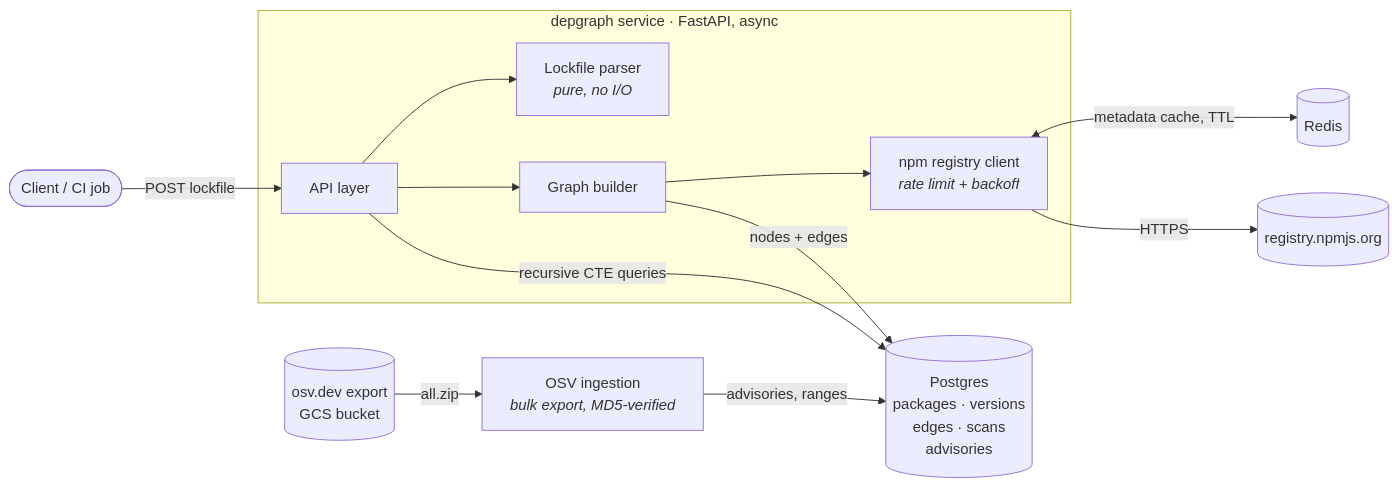
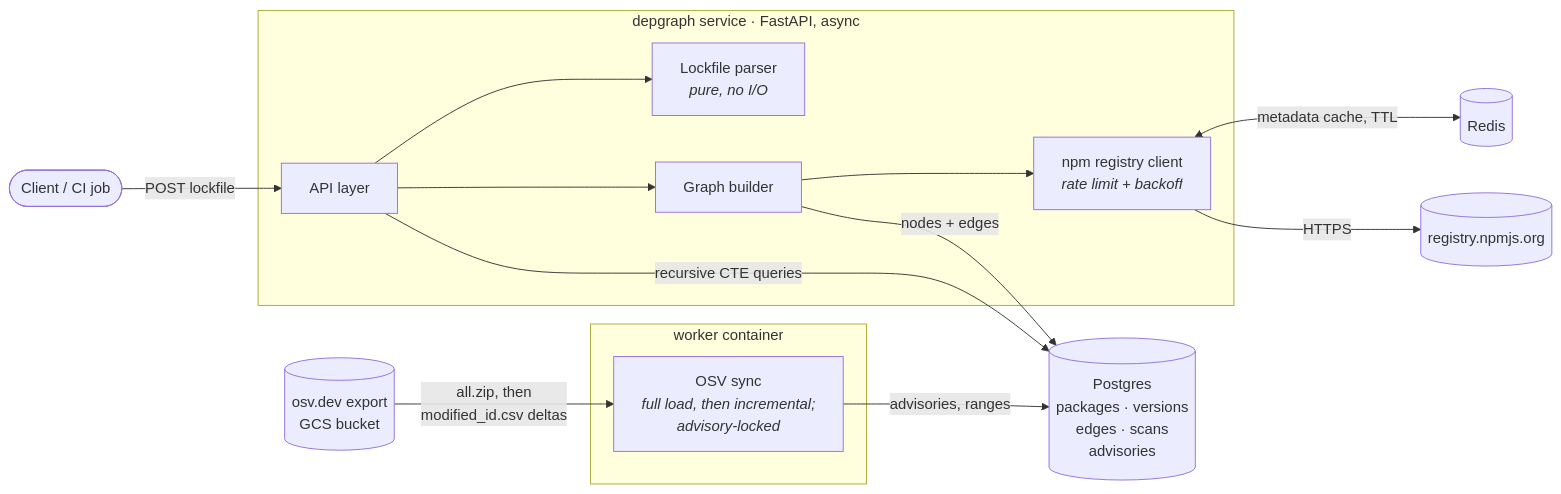
Before and after one commit to Aryav11111/depgraph: the first of 2 diagrams in README.md, drawn with Mermaid. The commit also changed other lines of this file and 11 other files, not shown here.

First line of the commit message:
Add incremental OSV sync and a worker container

````diff
--- a/README.md
+++ b/README.md
@@ -49,17 +49,20 @@
 ```mermaid
 flowchart LR
     client([Client / CI job]) -->|POST lockfile| api
 
     subgraph depgraph [depgraph service · FastAPI, async]
         api[API layer] --> parser[Lockfile parser<br/><i>pure, no I/O</i>]
         api --> builder[Graph builder]
         builder --> registry[npm registry client<br/><i>rate limit + backoff</i>]
     end
 
     builder -->|nodes + edges| pg[(Postgres<br/>packages · versions<br/>edges · scans<br/>advisories)]
-    ingest[OSV ingestion<br/><i>bulk export, MD5-verified</i>] -->|advisories, ranges| pg
-    osv[(osv.dev export<br/>GCS bucket)] -->|all.zip| ingest
+    ingest[OSV sync<br/><i>full load, then incremental;<br/>advisory-locked</i>] -->|advisories, ranges| pg
+    osv[(osv.dev export<br/>GCS bucket)] -->|all.zip, then<br/>modified_id.csv deltas| ingest
+    subgraph worker [worker container]
+        ingest
+    end
     api -->|recursive CTE queries| pg
     registry <-->|metadata cache, TTL| redis[(Redis)]
     registry -->|HTTPS| npm[(registry.npmjs.org)]
 ```
````
